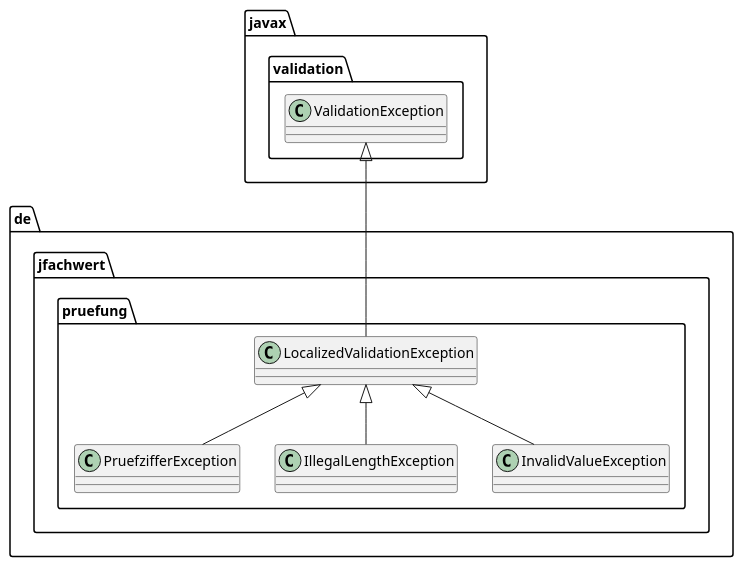
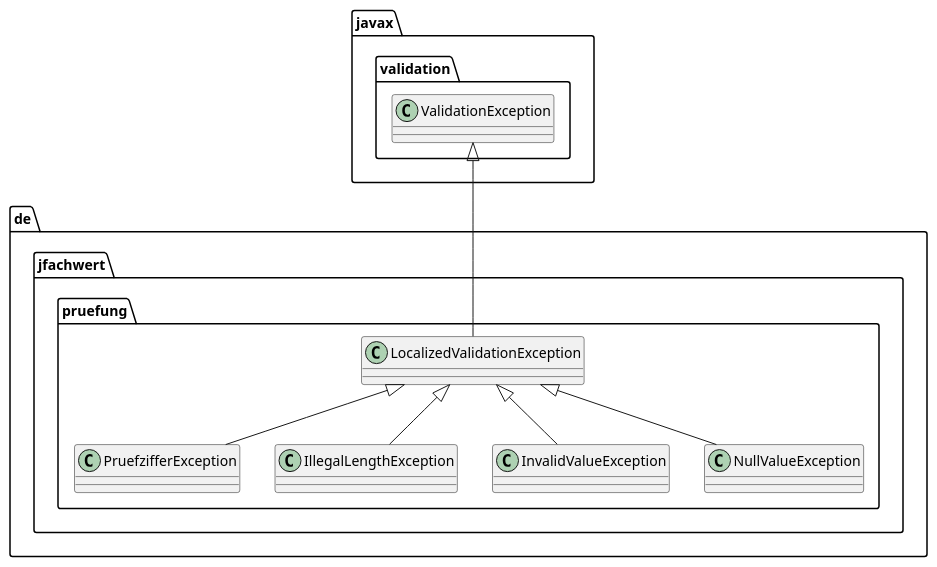
One commit to oboehm/jfachwert changed the diagram in src/main/asciidoc/images/exceptions.puml. Above: the diagram before and after it, drawn with PlantUML. The commit also changed 14 other files, not shown here.

```diff
--- a/src/main/asciidoc/images/exceptions.puml
+++ b/src/main/asciidoc/images/exceptions.puml
@@ -1,17 +1,19 @@
 @startuml
 
 package de.jfachwert.pruefung {
 
     class LocalizedValidationException
     class PruefzifferException
     class IllegalLengthException
     class InvalidValueException
+    class NullValueException
 
 }
 
 LocalizedValidationException -up-|> javax.validation.ValidationException
 LocalizedValidationException <|-- PruefzifferException
 LocalizedValidationException <|-- IllegalLengthException
 LocalizedValidationException <|-- InvalidValueException
+LocalizedValidationException <|-- NullValueException
 
 @enduml
```
